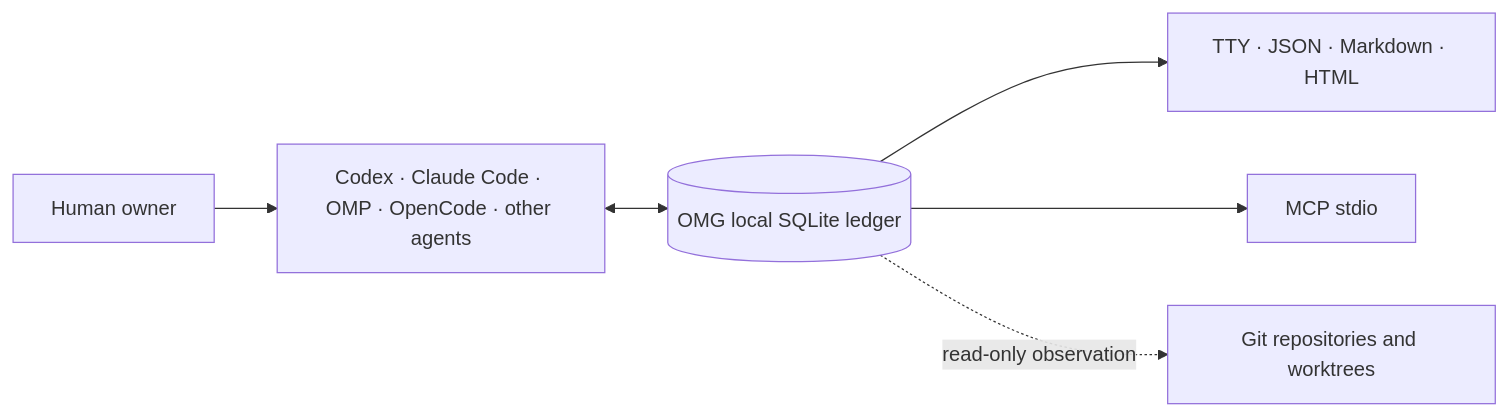
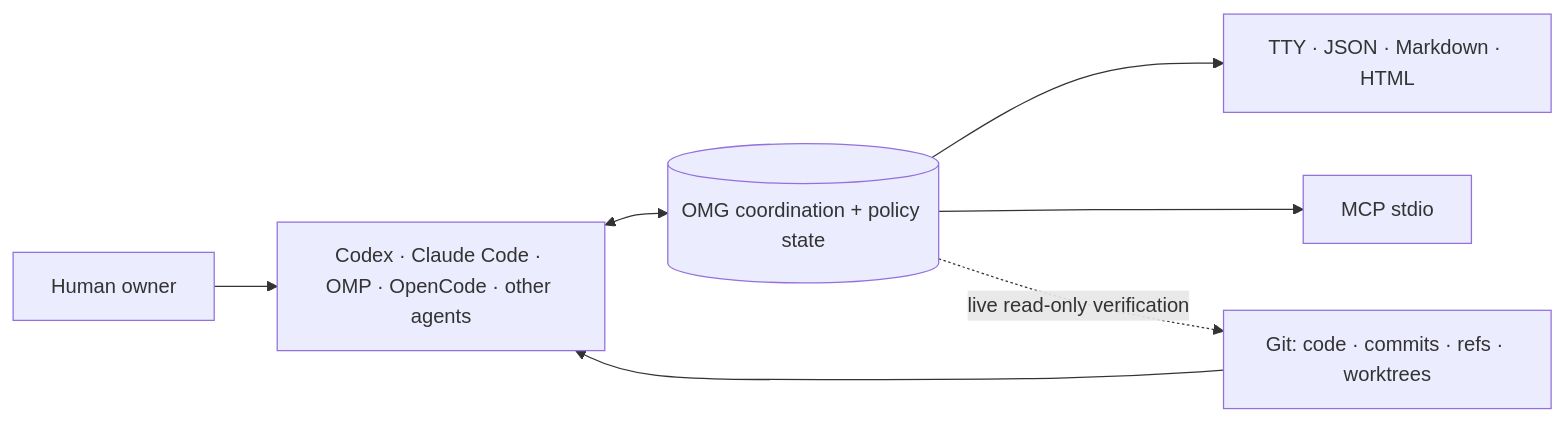
The diagram in README.md (jeremy-merchant/OMG), drawn with Mermaid before and after one commit. The commit also changed other lines of this file and 14 other files, not shown here.

Commit message:
Make OMG a Git-native coordination layer

````diff
--- a/README.md
+++ b/README.md
@@ -90,8 +90,9 @@
 ```mermaid
 flowchart LR
     H[Human owner] --> A[Codex · Claude Code · OMP · OpenCode · other agents]
-    A <--> O[(OMG local SQLite ledger)]
+    A <--> O[(OMG coordination + policy state)]
     O --> V[TTY · JSON · Markdown · HTML]
     O --> M[MCP stdio]
-    O -. read-only observation .-> G[Git repositories and worktrees]
+    G[Git: code · commits · refs · worktrees] --> A
+    O -. live read-only verification .-> G
 ```
````
